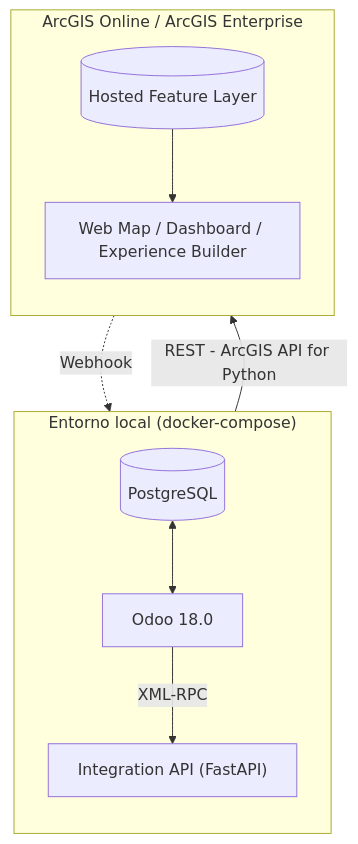
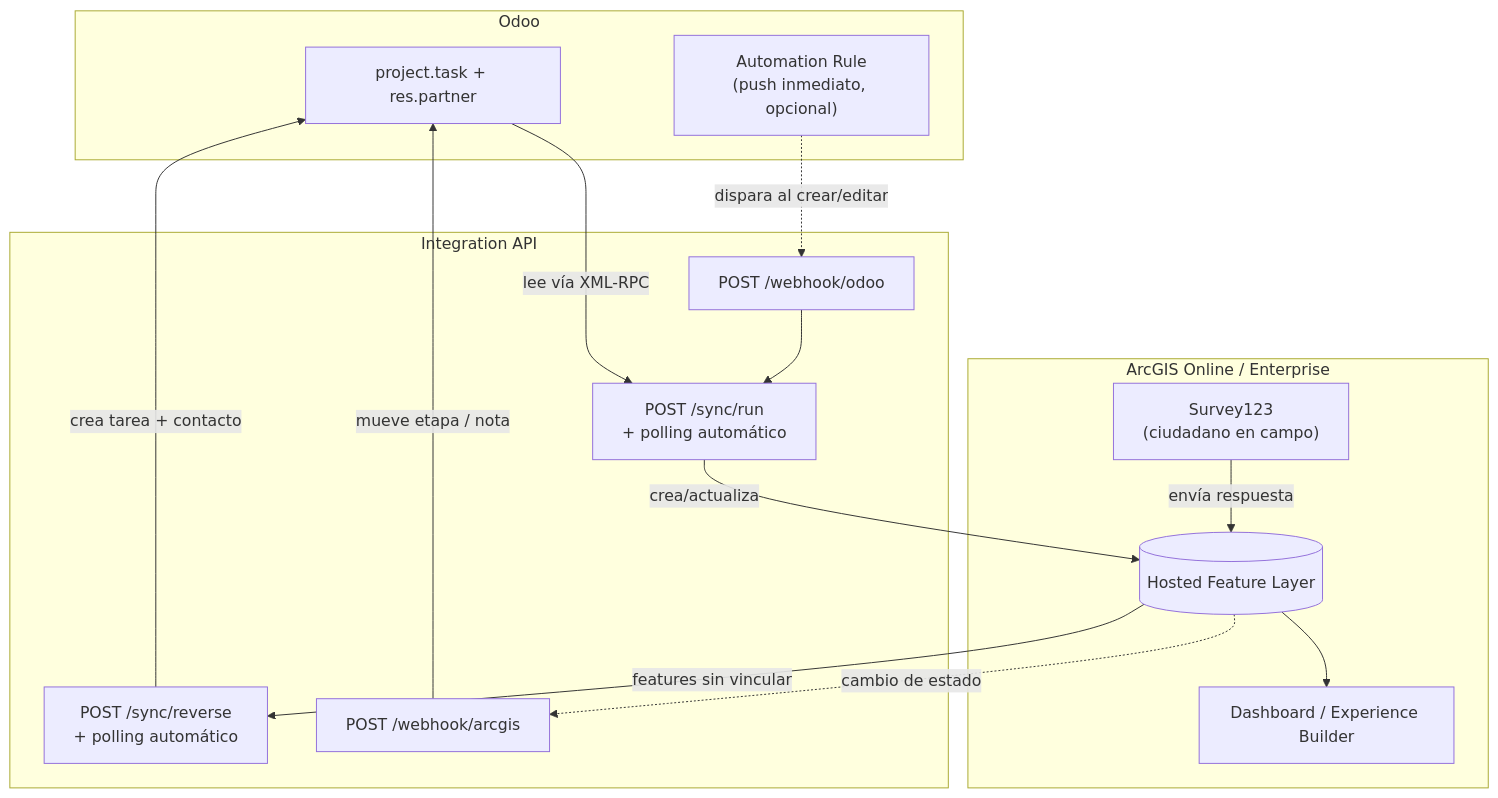
One commit to osbonilla/IntegracionOdooArcGIS changed the diagram in README.md. Above: the diagram before and after it, drawn with Mermaid. The commit also changed other lines of this file and 16 other files, not shown here.

````diff
--- a/README.md
+++ b/README.md
@@ -80,21 +46,34 @@
 ```mermaid
 flowchart TD
-    subgraph LOCAL ["Entorno local (docker-compose)"]
-        direction TB
-        DB[("PostgreSQL")]
-        ODOO["Odoo 18.0"]
-        API["Integration API (FastAPI)"]
-        DB <--> ODOO
-        ODOO -->|XML-RPC| API
+    subgraph ODOO["Odoo"]
+        TASK["project.task + res.partner"]
+        AUTO["Automation Rule<br/>(push inmediato, opcional)"]
     end
 
-    subgraph ESRI ["ArcGIS Online / ArcGIS Enterprise"]
-        direction TB
-        LAYER[("Hosted Feature Layer")]
-        VIS["Web Map / Dashboard / Experience Builder"]
-        LAYER --> VIS
+    subgraph API["Integration API"]
+        SYNCFWD["POST /sync/run<br/>+ polling automático"]
+        SYNCREV["POST /sync/reverse<br/>+ polling automático"]
+        WHARCGIS["POST /webhook/arcgis"]
+        WHODOO["POST /webhook/odoo"]
     end
 
-    API -->|"REST - ArcGIS API for Python"| LAYER
-    LAYER -.->|Webhook| API
+    subgraph ARCGIS["ArcGIS Online / Enterprise"]
+        LAYER[("Hosted Feature Layer")]
+        SURVEY["Survey123<br/>(ciudadano en campo)"]
+        DASH["Dashboard / Experience Builder"]
+    end
+
+    TASK -->|lee vía XML-RPC| SYNCFWD
+    SYNCFWD -->|crea/actualiza| LAYER
+    AUTO -.->|dispara al crear/editar| WHODOO
+    WHODOO --> SYNCFWD
+
+    LAYER -->|features sin vincular| SYNCREV
+    SYNCREV -->|crea tarea + contacto| TASK
+    SURVEY -->|envía respuesta| LAYER
+
+    LAYER -.->|cambio de estado| WHARCGIS
+    WHARCGIS -->|mueve etapa / nota| TASK
+
+    LAYER --> DASH
 ```
````
